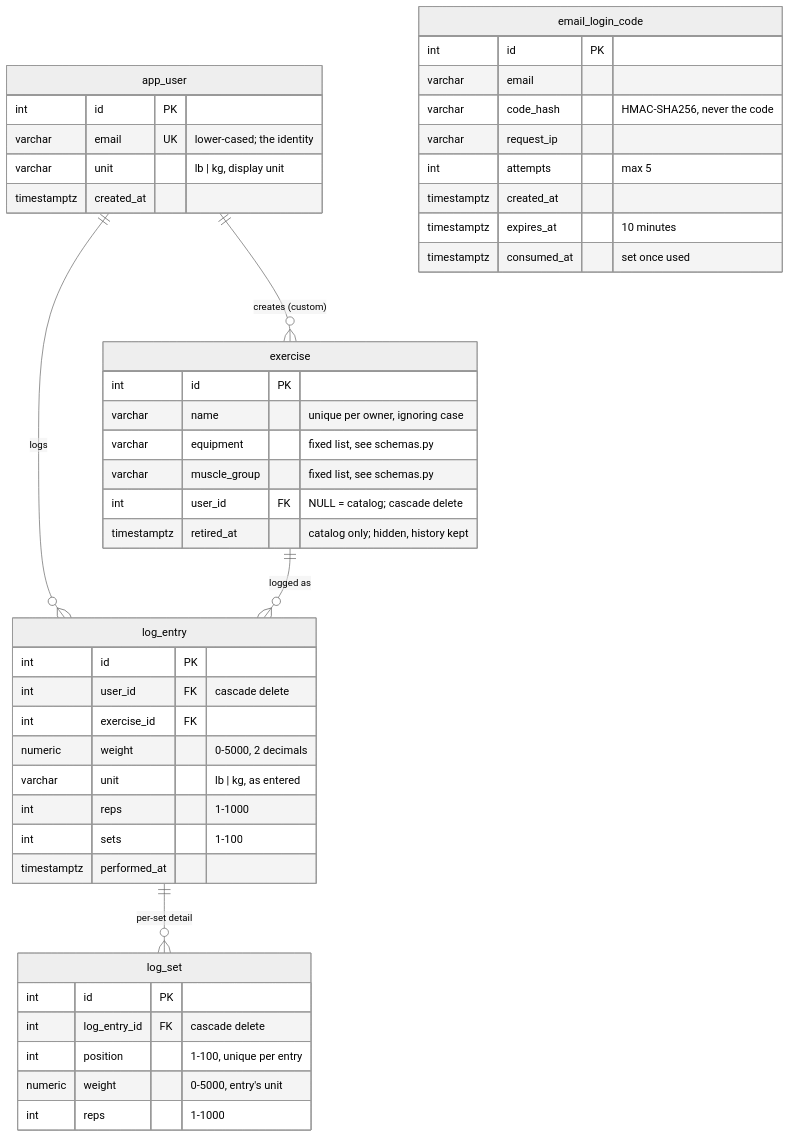
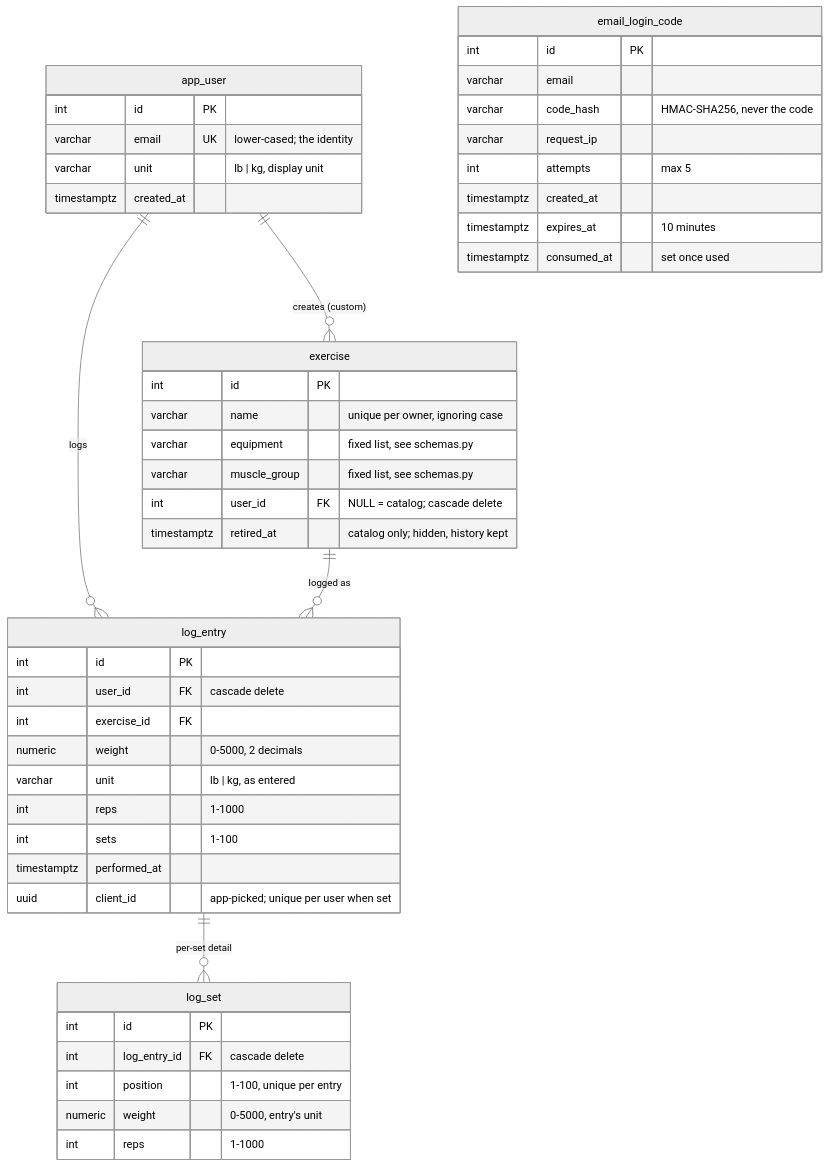
One commit to GrantHolcombe/overloader changed the diagram in docs/DATABASE.md. Above: the diagram before and after it, drawn with Mermaid (neutral theme). The commit also changed other lines of this file and 19 other files, not shown here.

````diff
--- a/docs/DATABASE.md
+++ b/docs/DATABASE.md
@@ -7,49 +7,50 @@
 ```mermaid
 erDiagram
     app_user ||--o{ log_entry : logs
     app_user ||--o{ exercise : "creates (custom)"
     log_entry ||--o{ log_set : "per-set detail"
     exercise ||--o{ log_entry : "logged as"
 
     app_user {
         int id PK
         varchar email UK "lower-cased; the identity"
         varchar unit "lb | kg, display unit"
         timestamptz created_at
     }
     email_login_code {
         int id PK
         varchar email
         varchar code_hash "HMAC-SHA256, never the code"
         varchar request_ip
         int attempts "max 5"
         timestamptz created_at
         timestamptz expires_at "10 minutes"
         timestamptz consumed_at "set once used"
     }
     exercise {
         int id PK
         varchar name "unique per owner, ignoring case"
         varchar equipment "fixed list, see schemas.py"
         varchar muscle_group "fixed list, see schemas.py"
         int user_id FK "NULL = catalog; cascade delete"
         timestamptz retired_at "catalog only; hidden, history kept"
     }
     log_entry {
         int id PK
         int user_id FK "cascade delete"
         int exercise_id FK
         numeric weight "0-5000, 2 decimals"
         varchar unit "lb | kg, as entered"
         int reps "1-1000"
         int sets "1-100"
         timestamptz performed_at
+        uuid client_id "app-picked; unique per user when set"
     }
     log_set {
         int id PK
         int log_entry_id FK "cascade delete"
         int position "1-100, unique per entry"
         numeric weight "0-5000, entry's unit"
         int reps "1-1000"
     }
 ```
````
